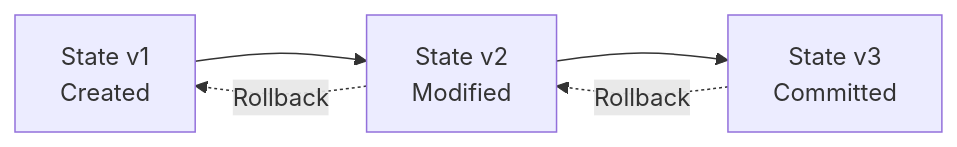
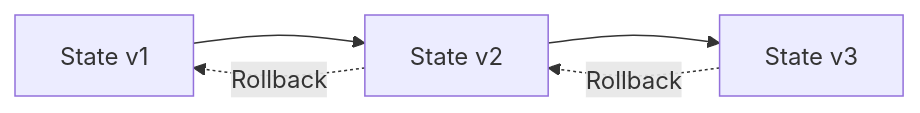
One commit to nexepic/zyx changed diagram 11 of 14 in docs/en/architecture/storage.md. Above: the diagram before and after it, drawn with Mermaid. The commit also changed other lines of this file and 21 other files, not shown here.

First line of the commit message:
fix: resolve Mermaid diagram display issues in VitePress

````diff
--- a/docs/en/architecture/storage.md
+++ b/docs/en/architecture/storage.md
@@ -416,8 +426,8 @@
 ```mermaid
 graph LR
-    S1[State v1<br/>Created] --> S2[State v2<br/>Modified]
-    S2 --> S3[State v3<br/>Committed]
+    S1[State v1] --> S2[State v2]
+    S2 --> S3[State v3]
 
     S3 -.->|Rollback| S2
     S2 -.->|Rollback| S1
 ```
````
